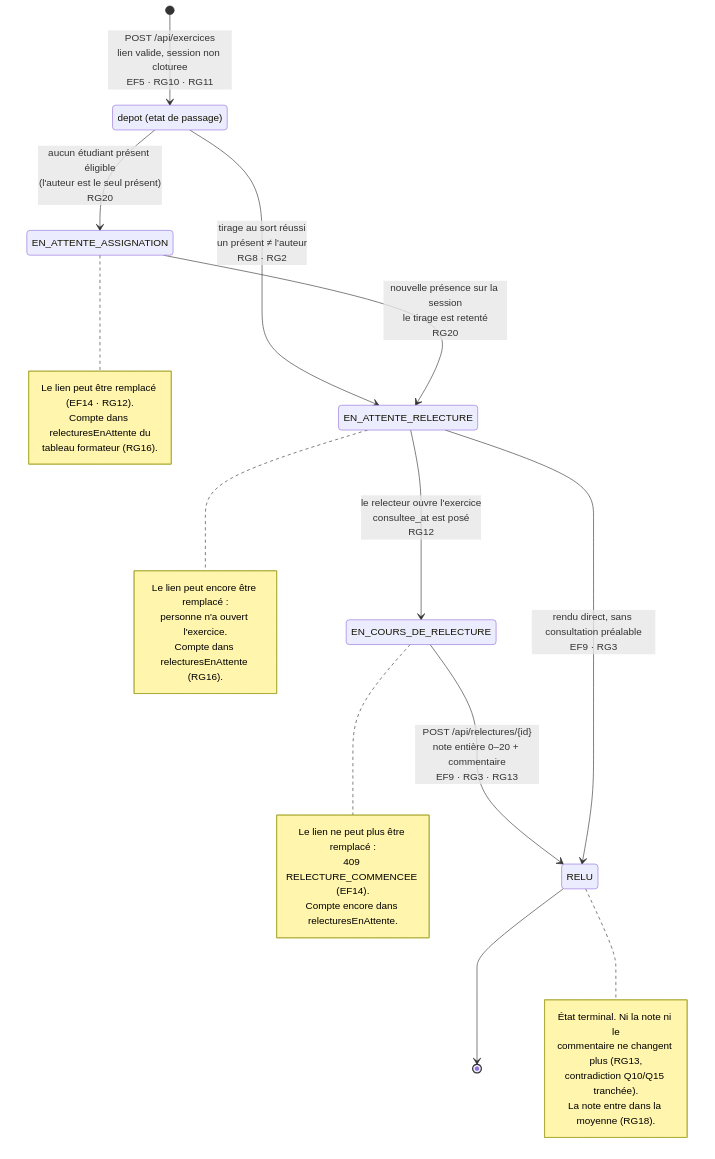
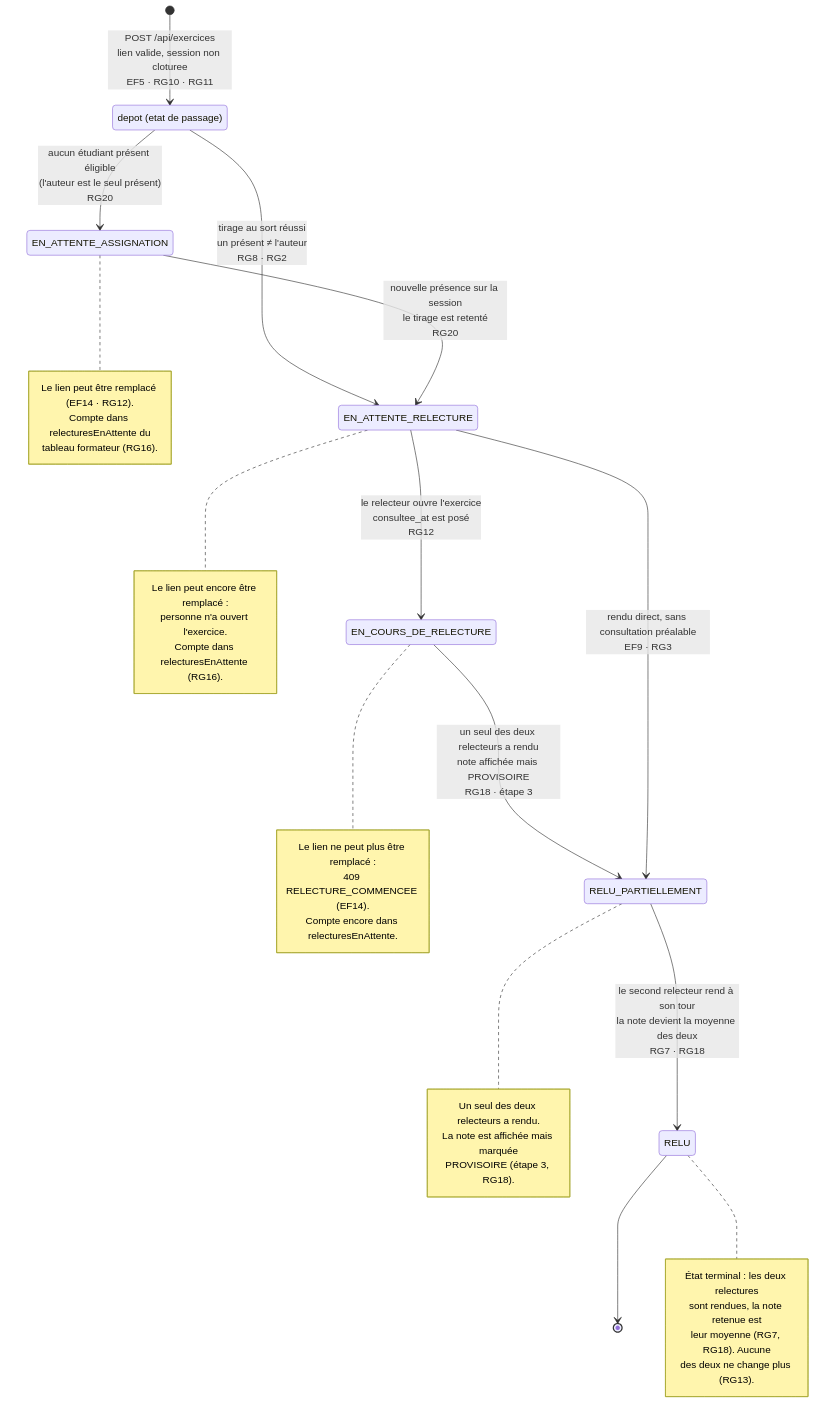
The diagram in docs/diagrammes/D4-etats-exercice.md (AndreaInesDev/kfokam48-epreuve-237), drawn with Mermaid before and after one commit. The commit also changed other lines of this file and 5 other files, not shown here.

First line of the commit message:
feat: deux relecteurs par exercice — analyse, migration et contrat (#36)

````diff
--- a/docs/diagrammes/D4-etats-exercice.md
+++ b/docs/diagrammes/D4-etats-exercice.md
@@ -8,49 +13,57 @@
 ```mermaid
 stateDiagram-v2
     direction TB
 
     state "depot (etat de passage)" as Depot
     state "EN_ATTENTE_ASSIGNATION" as ATTENTE_ASSIGN
     state "EN_ATTENTE_RELECTURE" as ATTENTE_RELEC
     state "EN_COURS_DE_RELECTURE" as EN_COURS
+    state "RELU_PARTIELLEMENT" as PARTIEL
     state "RELU" as RELU
 
     [*] --> Depot : POST /api/exercices<br/>lien valide, session non cloturee<br/>EF5 · RG10 · RG11
 
     Depot --> ATTENTE_ASSIGN : aucun étudiant présent éligible<br/>(l'auteur est le seul présent)<br/>RG20
     Depot --> ATTENTE_RELEC : tirage au sort réussi<br/>un présent ≠ l'auteur<br/>RG8 · RG2
 
     ATTENTE_ASSIGN --> ATTENTE_RELEC : nouvelle présence sur la session<br/>le tirage est retenté<br/>RG20
 
     ATTENTE_RELEC --> EN_COURS : le relecteur ouvre l'exercice<br/>consultee_at est posé<br/>RG12
 
-    EN_COURS --> RELU : POST /api/relectures/{id}<br/>note entière 0–20 + commentaire<br/>EF9 · RG3 · RG13
-    ATTENTE_RELEC --> RELU : rendu direct, sans consultation préalable<br/>EF9 · RG3
+    EN_COURS --> PARTIEL : un seul des deux relecteurs a rendu<br/>note affichée mais PROVISOIRE<br/>RG18 · étape 3
+    ATTENTE_RELEC --> PARTIEL : rendu direct, sans consultation préalable<br/>EF9 · RG3
+    PARTIEL --> RELU : le second relecteur rend à son tour<br/>la note devient la moyenne des deux<br/>RG7 · RG18
 
     RELU --> [*]
 
     note right of ATTENTE_ASSIGN
         Le lien peut être remplacé (EF14 · RG12).
         Compte dans relecturesEnAttente du
         tableau formateur (RG16).
     end note
 
     note right of ATTENTE_RELEC
         Le lien peut encore être remplacé :
         personne n'a ouvert l'exercice.
         Compte dans relecturesEnAttente (RG16).
     end note
 
     note right of EN_COURS
         Le lien ne peut plus être remplacé :
         409 RELECTURE_COMMENCEE (EF14).
         Compte encore dans relecturesEnAttente.
     end note
 
+    note right of PARTIEL
+        Un seul des deux relecteurs a rendu.
+        La note est affichée mais marquée
+        PROVISOIRE (étape 3, RG18).
+    end note
+
     note right of RELU
-        État terminal. Ni la note ni le
-        commentaire ne changent plus (RG13,
-        contradiction Q10/Q15 tranchée).
-        La note entre dans la moyenne (RG18).
+        État terminal : les deux relectures
+        sont rendues, la note retenue est
+        leur moyenne (RG7, RG18). Aucune
+        des deux ne change plus (RG13).
     end note
 ```
````
